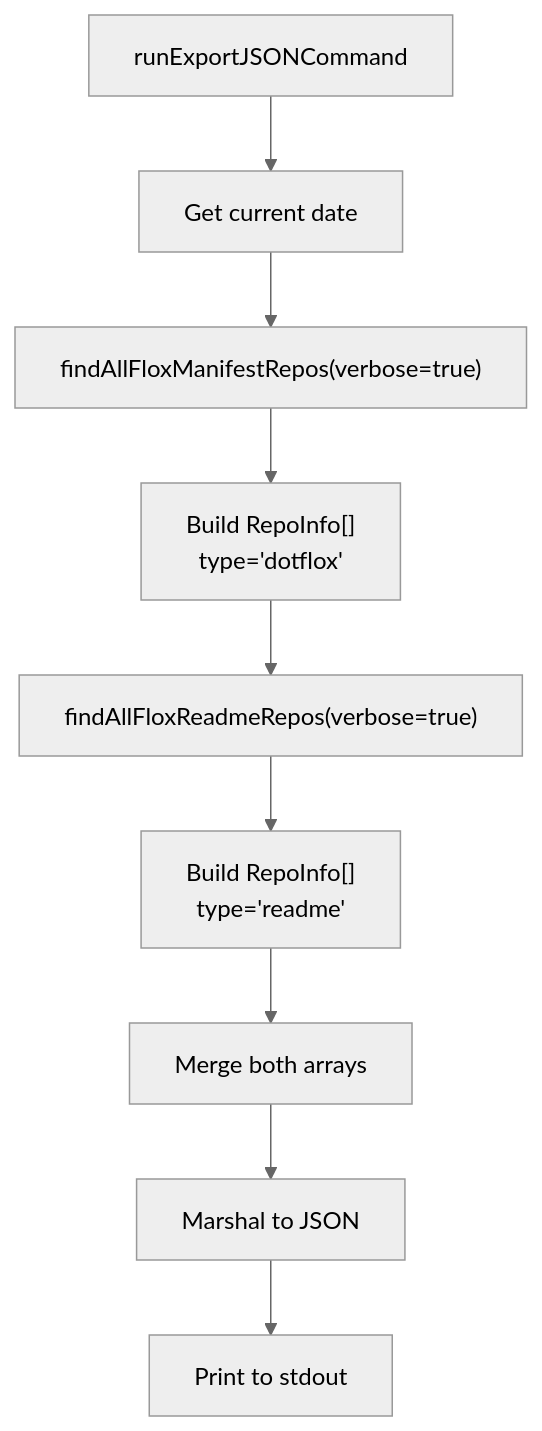
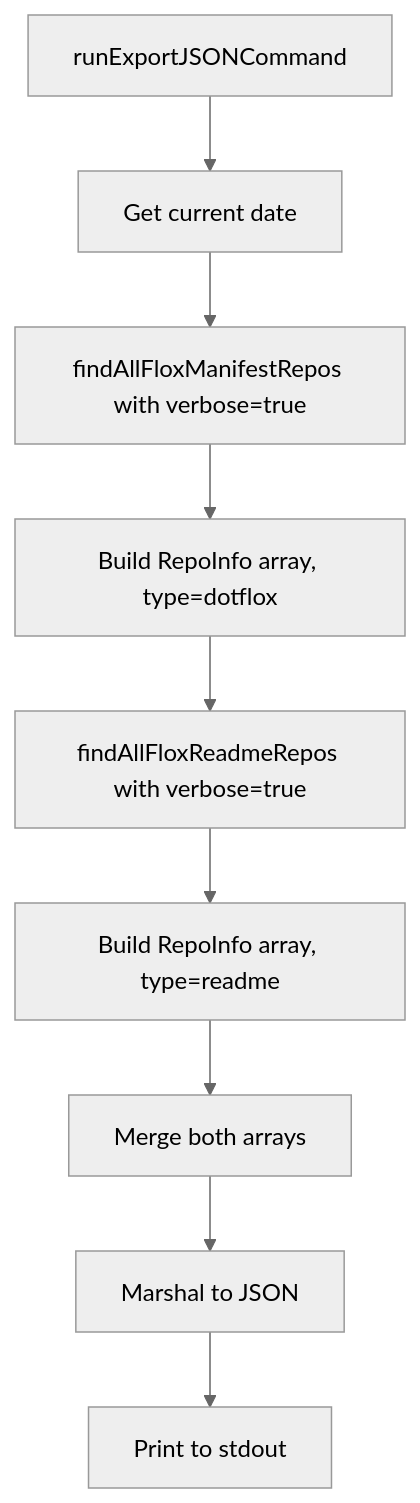
Before and after one commit to stahnma/gh-flox: the sixth of 12 diagrams in README.md, drawn with Mermaid (neutral theme). The commit also changed other lines of this file, not shown here.

First line of the commit message:
Fix Mermaid diagram syntax for GitHub rendering

````diff
--- a/README.md
+++ b/README.md
@@ -197,11 +182,11 @@
 ```mermaid
 flowchart TD
     A[runExportJSONCommand] --> B[Get current date]
-    B --> C["findAllFloxManifestRepos(verbose=true)"]
-    C --> D["Build RepoInfo[]\ntype='dotflox'"]
-    D --> E["findAllFloxReadmeRepos(verbose=true)"]
-    E --> F["Build RepoInfo[]\ntype='readme'"]
+    B --> C["findAllFloxManifestRepos with verbose=true"]
+    C --> D["Build RepoInfo array, type=dotflox"]
+    D --> E["findAllFloxReadmeRepos with verbose=true"]
+    E --> F["Build RepoInfo array, type=readme"]
     F --> G[Merge both arrays]
     G --> H[Marshal to JSON]
     H --> I[Print to stdout]
 ```
````
